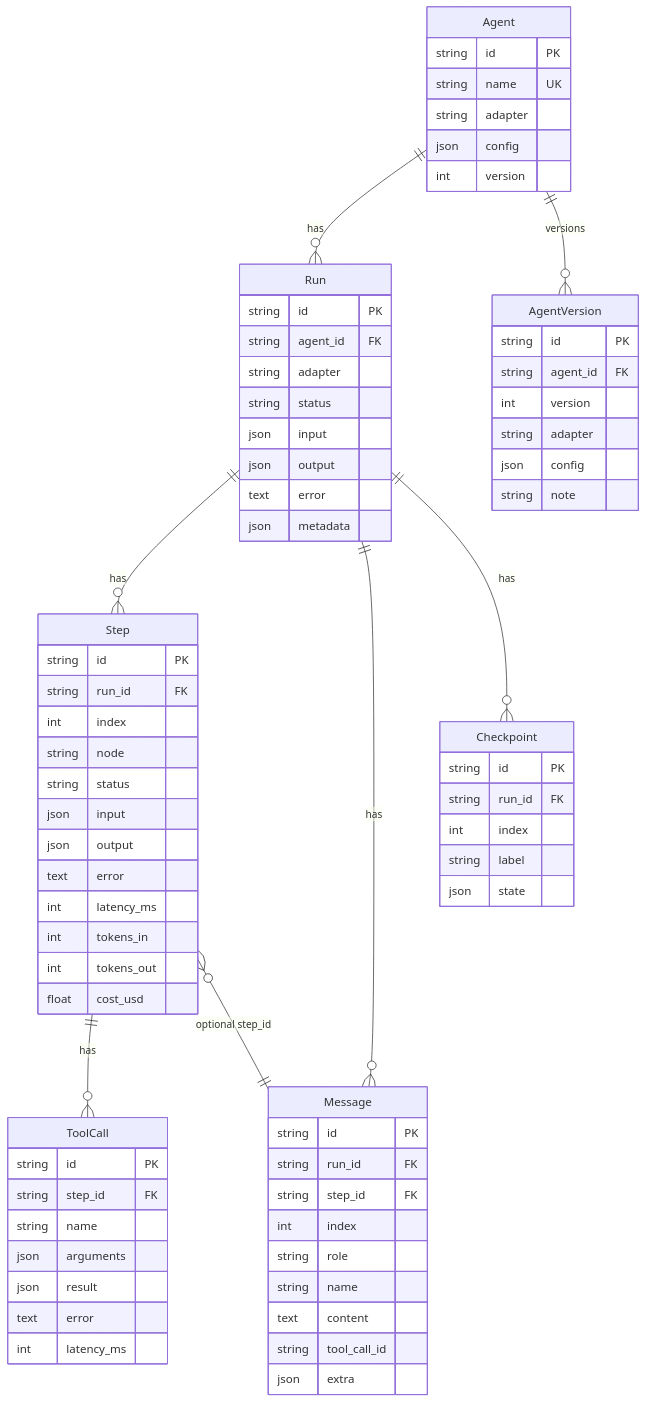
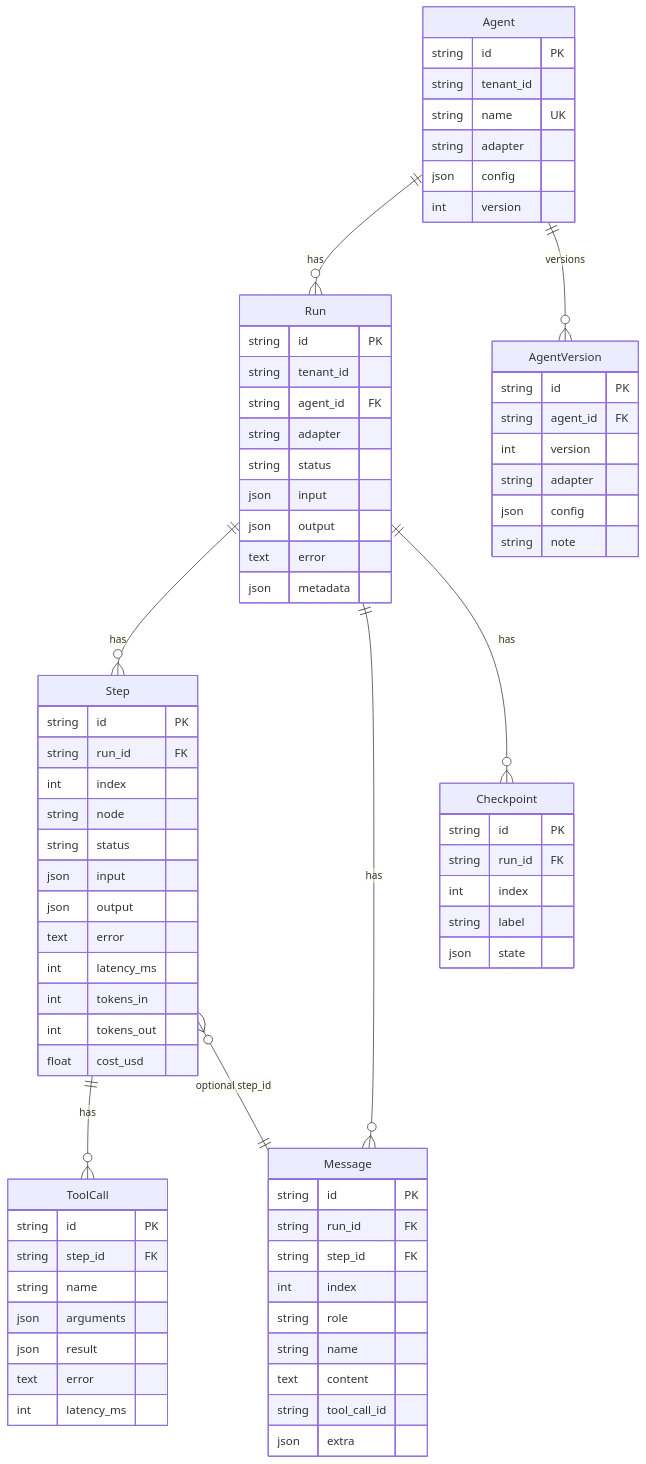
The first of 2 diagrams in docs/data-model.md (Emiyaaaaa/HiveMind), drawn with Mermaid before and after one commit. The commit also changed other lines of this file and 43 other files, not shown here.

````diff
--- a/docs/data-model.md
+++ b/docs/data-model.md
@@ -9,77 +9,79 @@
 ```mermaid
 erDiagram
     Agent ||--o{ Run : has
     Agent ||--o{ AgentVersion : versions
     Run ||--o{ Step : has
     Run ||--o{ Message : has
     Run ||--o{ Checkpoint : has
     Step ||--o{ ToolCall : has
     Step }o--|| Message : "optional step_id"
 
     Agent {
         string id PK
+        string tenant_id
         string name UK
         string adapter
         json config
         int version
     }
     AgentVersion {
         string id PK
         string agent_id FK
         int version
         string adapter
         json config
         string note
     }
     Run {
         string id PK
+        string tenant_id
         string agent_id FK
         string adapter
         string status
         json input
         json output
         text error
         json metadata
     }
     Step {
         string id PK
         string run_id FK
         int index
         string node
         string status
         json input
         json output
         text error
         int latency_ms
         int tokens_in
         int tokens_out
         float cost_usd
     }
     Message {
         string id PK
         string run_id FK
         string step_id FK
         int index
         string role
         string name
         text content
         string tool_call_id
         json extra
     }
     ToolCall {
         string id PK
         string step_id FK
         string name
         json arguments
         json result
         text error
         int latency_ms
     }
     Checkpoint {
         string id PK
         string run_id FK
         int index
         string label
         json state
     }
 ```
````
